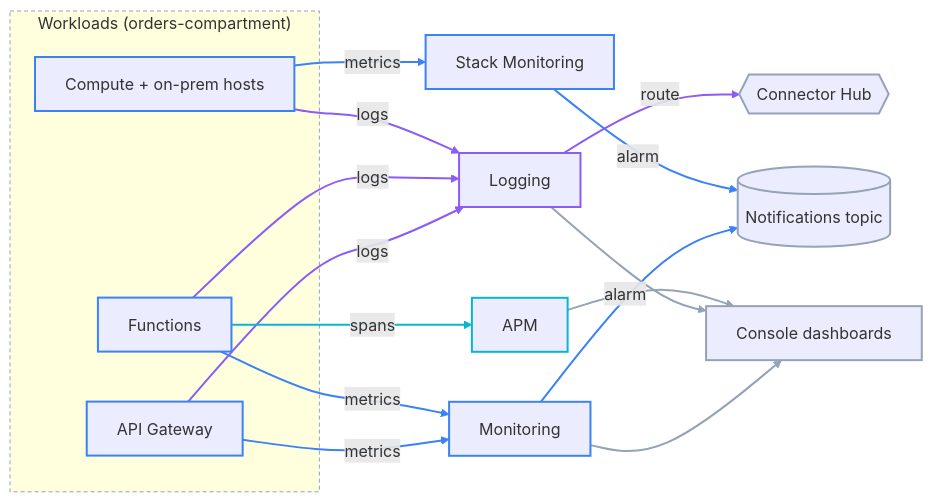
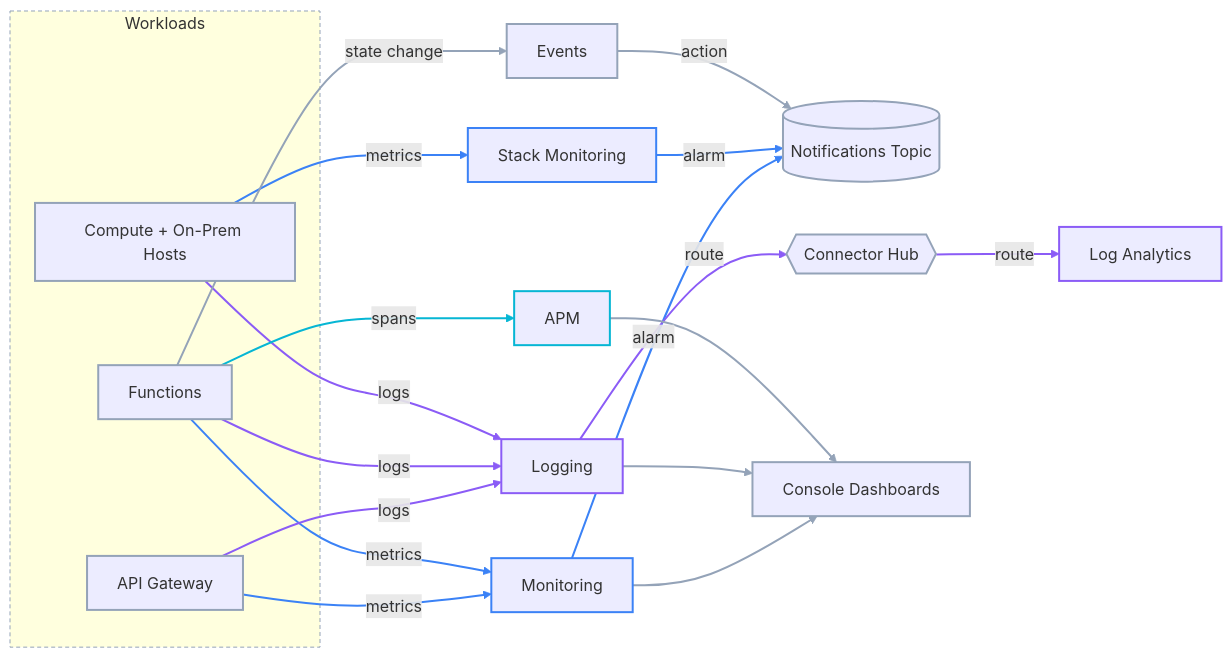
One commit to leonlnj/engineering-gym changed the first of 2 diagrams in 04-oracle/observability-professional/01-pillars-of-observability.md. Above: the diagram before and after it, drawn with Mermaid. The commit also changed other lines of this file and 10 other files, not shown here.

````diff
--- a/04-oracle/observability-professional/01-pillars-of-observability.md
+++ b/04-oracle/observability-professional/01-pillars-of-observability.md
@@ -128,55 +131,68 @@
 ```mermaid
 flowchart LR
-    subgraph SRC["Workloads (orders-compartment)"]
+    subgraph SRC["Workloads"]
         GW["API Gateway"]
         FN["Functions"]
-        CI["Compute + on-prem hosts"]
+        CI["Compute + On-Prem Hosts"]
     end
 
     MON["Monitoring"]
     LOG["Logging"]
     APM["APM"]
     STK["Stack Monitoring"]
+    LA["Log Analytics"]
+    EV["Events"]
 
-    NTF[("Notifications topic")]
+    NTF[("Notifications Topic")]
     CH{{"Connector Hub"}}
-    DASH["Console dashboards"]
+    DASH["Console Dashboards"]
 
     %% metrics
     GW -->|"metrics"| MON
     FN -->|"metrics"| MON
     CI -->|"metrics"| STK
     MON -->|"alarm"| NTF
     STK -->|"alarm"| NTF
 
     %% logs
     GW -->|"logs"| LOG
     FN -->|"logs"| LOG
     CI -->|"logs"| LOG
     LOG -->|"route"| CH
 
     %% traces
     FN -->|"spans"| APM
 
     %% shared
     MON --> DASH
     LOG --> DASH
     APM --> DASH
 
+    %% logs, continued: Connector Hub routes onward to Log Analytics
+    CH -->|"route"| LA
+
+    %% events: orthogonal to the three signal flows
+    FN -->|"state change"| EV
+    EV -->|"action"| NTF
+
     linkStyle 0,1,2,3,4 stroke:#3b82f6,stroke-width:2px
     linkStyle 5,6,7,8 stroke:#8b5cf6,stroke-width:2px
     linkStyle 9 stroke:#06b6d4,stroke-width:2px
     linkStyle 10,11,12 stroke:#94a3b8,stroke-width:2px
+    linkStyle 13 stroke:#8b5cf6,stroke-width:2px
+    linkStyle 14,15 stroke:#94a3b8,stroke-width:2px
 
     style SRC stroke:#94a3b8,stroke-dasharray:4 3
-    style GW stroke:#3b82f6,stroke-width:2px
-    style FN stroke:#3b82f6,stroke-width:2px
-    style CI stroke:#3b82f6,stroke-width:2px
+    style GW stroke:#94a3b8,stroke-width:2px
+    style FN stroke:#94a3b8,stroke-width:2px
+    style CI stroke:#94a3b8,stroke-width:2px
     style MON stroke:#3b82f6,stroke-width:2px
     style STK stroke:#3b82f6,stroke-width:2px
     style LOG stroke:#8b5cf6,stroke-width:2px
     style APM stroke:#06b6d4,stroke-width:2px
+    style LA stroke:#8b5cf6,stroke-width:2px
+    style EV stroke:#94a3b8,stroke-width:2px
     style NTF stroke:#94a3b8,stroke-width:2px
     style CH stroke:#94a3b8,stroke-width:2px
     style DASH stroke:#94a3b8,stroke-width:2px
 ```
````
